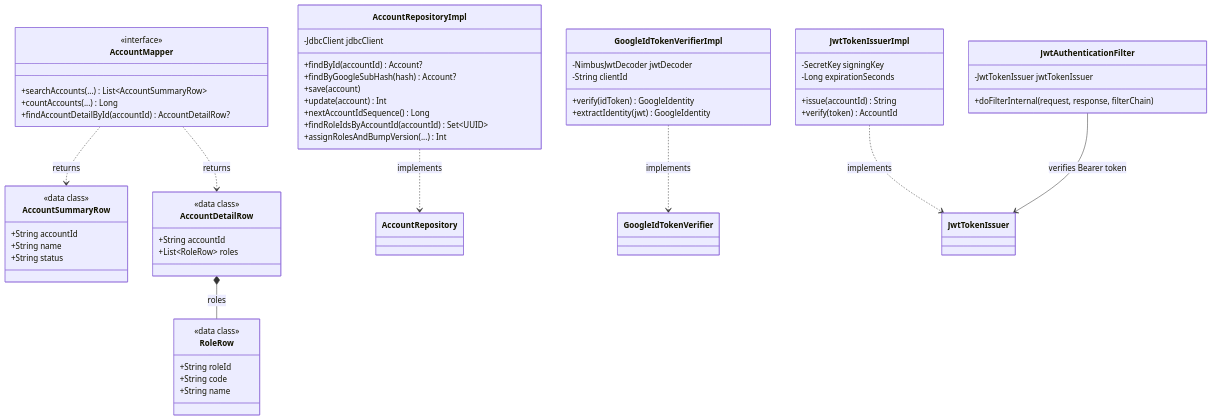
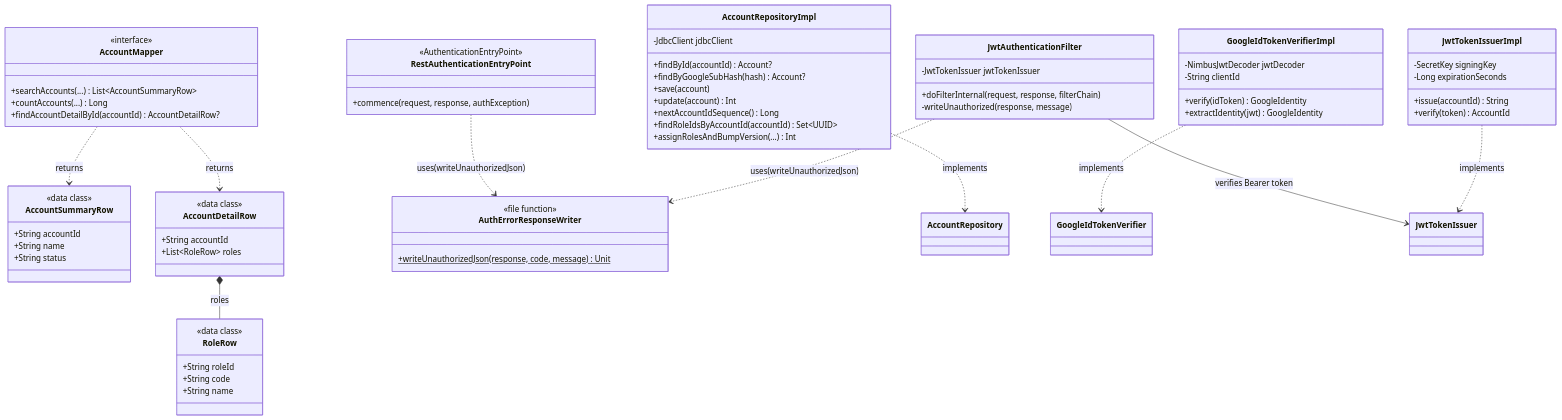
The diagram in src/main/kotlin/com/kakehashi/infrastructure/account/README.md (OkochiDesu/kakehashi-api), drawn with Mermaid before and after one commit. The commit also changed other lines of this file and 15 other files, not shown here.

````diff
--- a/src/main/kotlin/com/kakehashi/infrastructure/account/README.md
+++ b/src/main/kotlin/com/kakehashi/infrastructure/account/README.md
@@ -12,64 +12,77 @@
 ```mermaid
 classDiagram
     class AccountRepositoryImpl {
         -JdbcClient jdbcClient
         +findById(accountId) Account?
         +findByGoogleSubHash(hash) Account?
         +save(account)
         +update(account) Int
         +nextAccountIdSequence() Long
         +findRoleIdsByAccountId(accountId) Set~UUID~
         +assignRolesAndBumpVersion(...) Int
     }
 
     class AccountMapper {
         <<interface>>
         +searchAccounts(...) List~AccountSummaryRow~
         +countAccounts(...) Long
         +findAccountDetailById(accountId) AccountDetailRow?
     }
     class AccountSummaryRow {
         <<data class>>
         +String accountId
         +String name
         +String status
     }
     class AccountDetailRow {
         <<data class>>
         +String accountId
         +List~RoleRow~ roles
     }
     class RoleRow {
         <<data class>>
         +String roleId
         +String code
         +String name
     }
 
     class GoogleIdTokenVerifierImpl {
         -NimbusJwtDecoder jwtDecoder
         -String clientId
         +verify(idToken) GoogleIdentity
         +extractIdentity(jwt) GoogleIdentity
     }
 
     class JwtTokenIssuerImpl {
         -SecretKey signingKey
         -Long expirationSeconds
         +issue(accountId) String
         +verify(token) AccountId
     }
 
     class JwtAuthenticationFilter {
         -JwtTokenIssuer jwtTokenIssuer
         +doFilterInternal(request, response, filterChain)
+        -writeUnauthorized(response, message)
+    }
+
+    class RestAuthenticationEntryPoint {
+        <<AuthenticationEntryPoint>>
+        +commence(request, response, authException)
+    }
+
+    class AuthErrorResponseWriter {
+        <<file function>>
+        +writeUnauthorizedJson(response, code, message)$ Unit
     }
 
     AccountRepositoryImpl ..> AccountRepository : implements
     GoogleIdTokenVerifierImpl ..> GoogleIdTokenVerifier : implements
     JwtTokenIssuerImpl ..> JwtTokenIssuer : implements
     AccountMapper ..> AccountSummaryRow : returns
     AccountMapper ..> AccountDetailRow : returns
     AccountDetailRow *-- RoleRow : roles
     JwtAuthenticationFilter --> JwtTokenIssuer : verifies Bearer token
+    JwtAuthenticationFilter ..> AuthErrorResponseWriter : uses(writeUnauthorizedJson)
+    RestAuthenticationEntryPoint ..> AuthErrorResponseWriter : uses(writeUnauthorizedJson)
 ```
````
